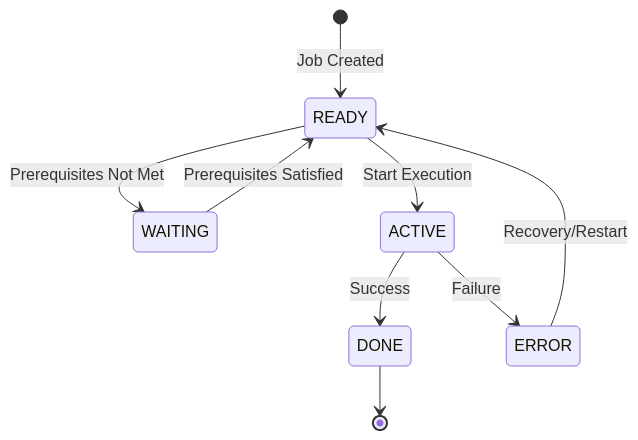
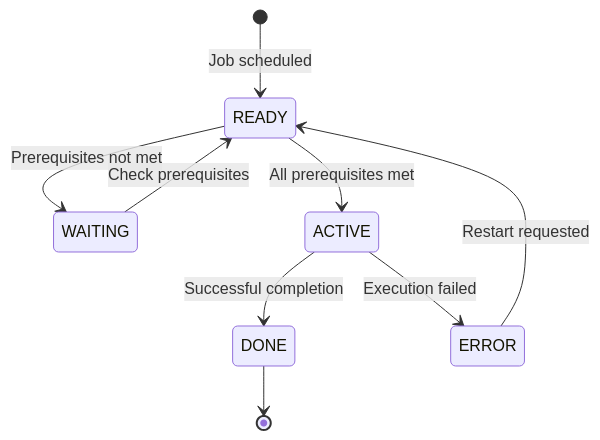
Before and after one commit to haladir-com/legacy-benchmark-docs-vb70e1: the diagram in docs/copybooks/BCHCTL.mdx, drawn with Mermaid. The commit also changed other lines of this file and 63 other files, not shown here.

````diff
--- a/docs/copybooks/BCHCTL.mdx
+++ b/docs/copybooks/BCHCTL.mdx
@@ -76,11 +118,11 @@
 ```mermaid
 stateDiagram-v2
-    [*] --> READY: Job Created
-    READY --> WAITING: Prerequisites Not Met
-    READY --> ACTIVE: Start Execution
-    WAITING --> READY: Prerequisites Satisfied
-    ACTIVE --> DONE: Success
-    ACTIVE --> ERROR: Failure
-    ERROR --> READY: Recovery/Restart
+    [*] --> READY: Job scheduled
+    READY --> WAITING: Prerequisites not met
+    READY --> ACTIVE: All prerequisites met
+    WAITING --> READY: Check prerequisites
+    ACTIVE --> DONE: Successful completion
+    ACTIVE --> ERROR: Execution failed
+    ERROR --> READY: Restart requested
     DONE --> [*]
 ```
````
